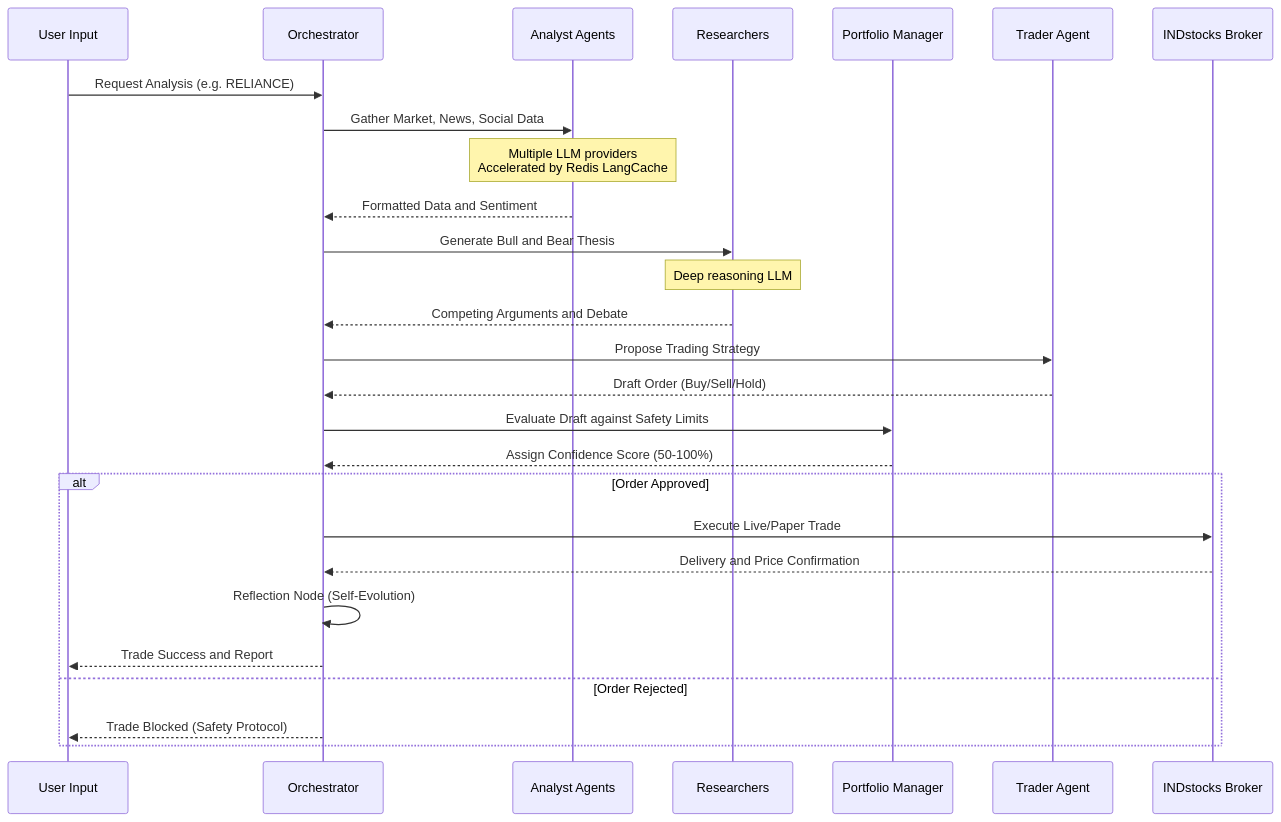
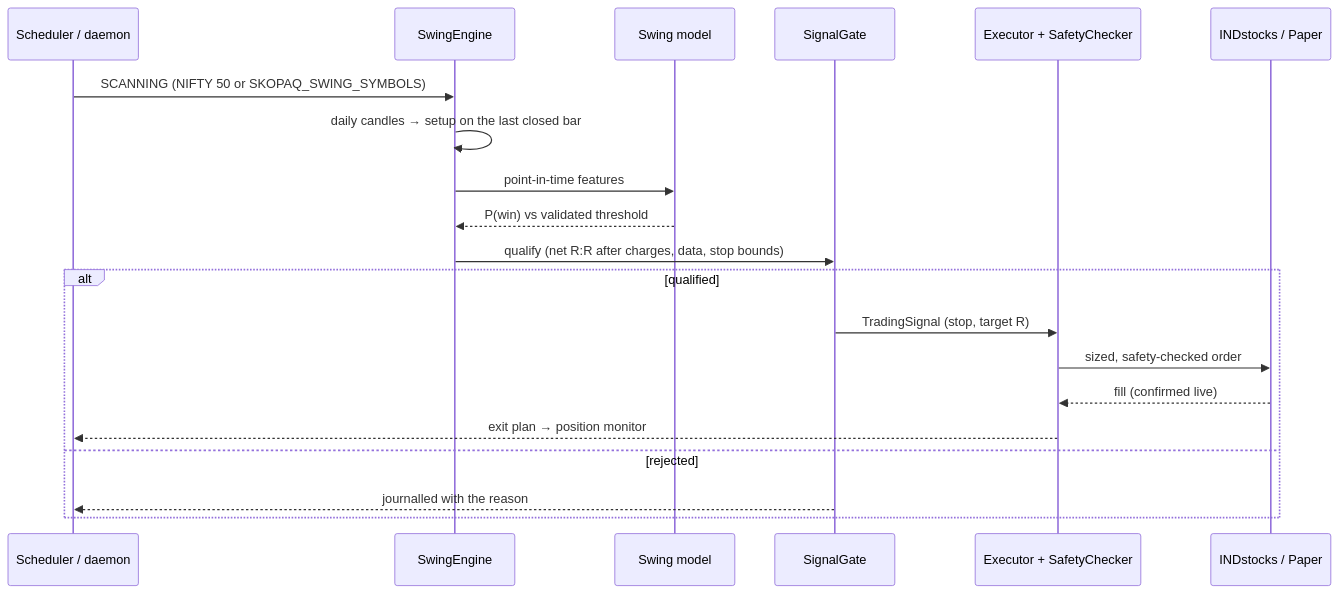
Before and after one commit to Tophunt-max/Ai-IND-money-: the second of 2 diagrams in README.md, drawn with Mermaid. The commit also changed other lines of this file and 257 other files, not shown here.

First line of the commit message:
Make the Adaptive AI the only AI: remove the LLM layer, add the swing model

````diff
--- a/README.md
+++ b/README.md
@@ -126,30 +103,23 @@
 ```mermaid
 sequenceDiagram
-    participant User as User Input
-    participant Orch as Orchestrator
-    participant Analysts as Analyst Agents
-    participant Research as Researchers
-    participant Risk as Portfolio Manager
-    participant Trader as Trader Agent
-    participant Broker as INDstocks Broker
+    participant S as Scheduler / daemon
+    participant E as SwingEngine
+    participant M as Swing model
+    participant G as SignalGate
+    participant X as Executor + SafetyChecker
+    participant B as INDstocks / Paper
 
-    User->>Orch: Request Analysis (e.g. RELIANCE)
-    Orch->>Analysts: Gather Market, News, Social Data
-    Note over Analysts: Multiple LLM providers<br/>Accelerated by Redis LangCache
-    Analysts-->>Orch: Formatted Data and Sentiment
-    Orch->>Research: Generate Bull and Bear Thesis
-    Note over Research: Deep reasoning LLM
-    Research-->>Orch: Competing Arguments and Debate
-    Orch->>Trader: Propose Trading Strategy
-    Trader-->>Orch: Draft Order (Buy/Sell/Hold)
-    Orch->>Risk: Evaluate Draft against Safety Limits
-    Risk-->>Orch: Assign Confidence Score (50-100%)
-    alt Order Approved
-        Orch->>Broker: Execute Live/Paper Trade
-        Broker-->>Orch: Delivery and Price Confirmation
-        Orch->>Orch: Reflection Node (Self-Evolution)
-        Orch-->>User: Trade Success and Report
-    else Order Rejected
-        Orch-->>User: Trade Blocked (Safety Protocol)
+    S->>E: SCANNING (NIFTY 50 or SKOPAQ_SWING_SYMBOLS)
+    E->>E: daily candles → setup on the last closed bar
+    E->>M: point-in-time features
+    M-->>E: P(win) vs validated threshold
+    E->>G: qualify (net R:R after charges, data, stop bounds)
+    alt qualified
+        G->>X: TradingSignal (stop, target R)
+        X->>B: sized, safety-checked order
+        B-->>X: fill (confirmed live)
+        X-->>S: exit plan → position monitor
+    else rejected
+        G-->>S: journalled with the reason
     end
 ```
````
